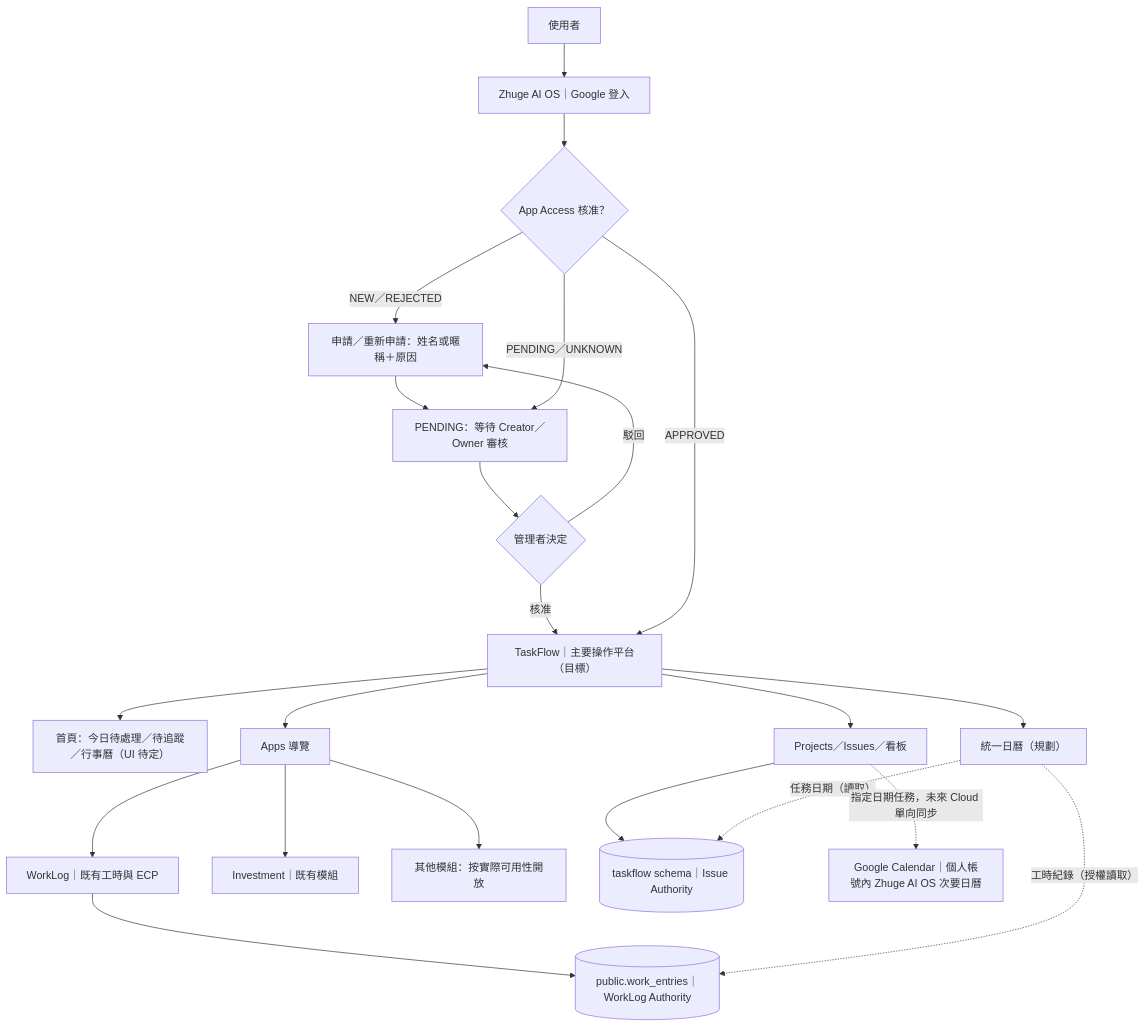
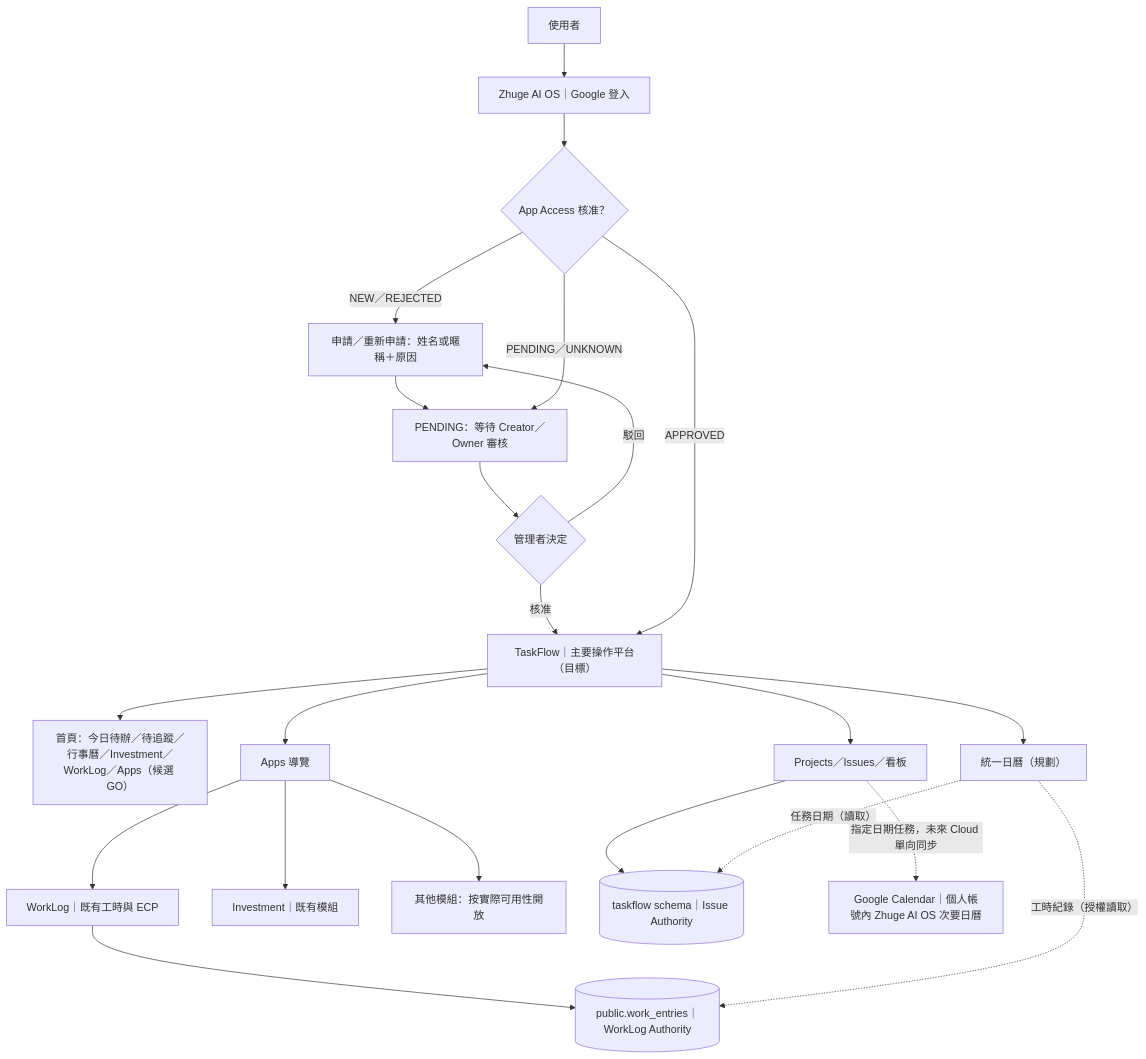
Before and after one commit to QQweasdzxc/zhuge-ai-os: the first of 3 diagrams in docs/00_CURRENT/PM_CTO_PRODUCT_BLUEPRINT.md, drawn with Mermaid. The commit also changed other lines of this file, not shown here.

Commit message:
docs(product): record PM approval of Home Dashboard + Investment candidate GO (#49)

````diff
--- a/docs/00_CURRENT/PM_CTO_PRODUCT_BLUEPRINT.md
+++ b/docs/00_CURRENT/PM_CTO_PRODUCT_BLUEPRINT.md
@@ -10,26 +10,26 @@
 ```mermaid
 flowchart TB
   U["使用者"] --> L["Zhuge AI OS｜Google 登入"]
   L --> G{"App Access 核准？"}
   G -->|"NEW／REJECTED"| A["申請／重新申請：姓名或暱稱＋原因"]
   A --> P["PENDING：等待 Creator／Owner 審核"]
   G -->|"PENDING／UNKNOWN"| P
   P --> R{"管理者決定"}
   R -->|"核准"| T
   R -->|"駁回"| A
   G -->|"APPROVED"| T["TaskFlow｜主要操作平台（目標）"]
 
-  T --> H["首頁：今日待處理／待追蹤／行事曆（UI 待定）"]
+  T --> H["首頁：今日待辦／待追蹤／行事曆／Investment／WorkLog／Apps（候選 GO）"]
   T --> I["Projects／Issues／看板"]
   T --> C["統一日曆（規劃）"]
   T --> M["Apps 導覽"]
   M --> W["WorkLog｜既有工時與 ECP"]
   M --> V["Investment｜既有模組"]
   M --> O["其他模組：按實際可用性開放"]
 
   I --> D1[("taskflow schema｜Issue Authority")]
   W --> D2[("public.work_entries｜WorkLog Authority")]
   C -. "任務日期（讀取）" .-> D1
   C -. "工時紀錄（授權讀取）" .-> D2
   I -. "指定日期任務，未來 Cloud 單向同步" .-> GC["Google Calendar｜個人帳號內 Zhuge AI OS 次要日曆"]
 ```
````
